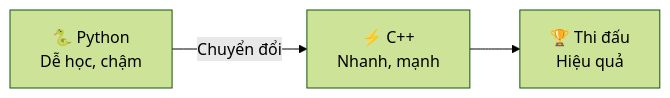
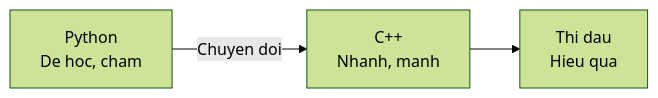
Before and after one commit to FPTOJ-OJ/fptoj_wiki: the first of 2 diagrams in docs/coding/cpp/index.md, drawn with Mermaid (forest theme). The commit also changed other lines of this file and 164 other files, not shown here.

````diff
--- a/docs/coding/cpp/index.md
+++ b/docs/coding/cpp/index.md
@@ -12,5 +12,5 @@
 ```mermaid
 flowchart LR
-    A["🐍 Python<br>Dễ học, chậm"] -->|"Chuyển đổi"| B["⚡ C++<br>Nhanh, mạnh"]
-    B --> C["🏆 Thi đấu<br>Hiệu quả"]
+    A["Python<br>De hoc, cham"] -->|"Chuyen doi"| B["C++<br>Nhanh, manh"]
+    B --> C["Thi dau<br>Hieu qua"]
 ```
````
